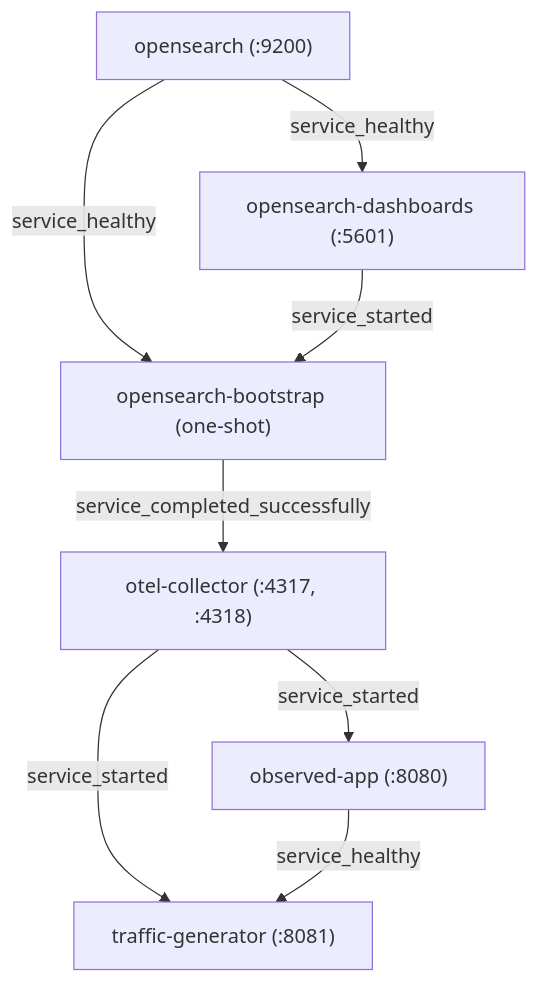
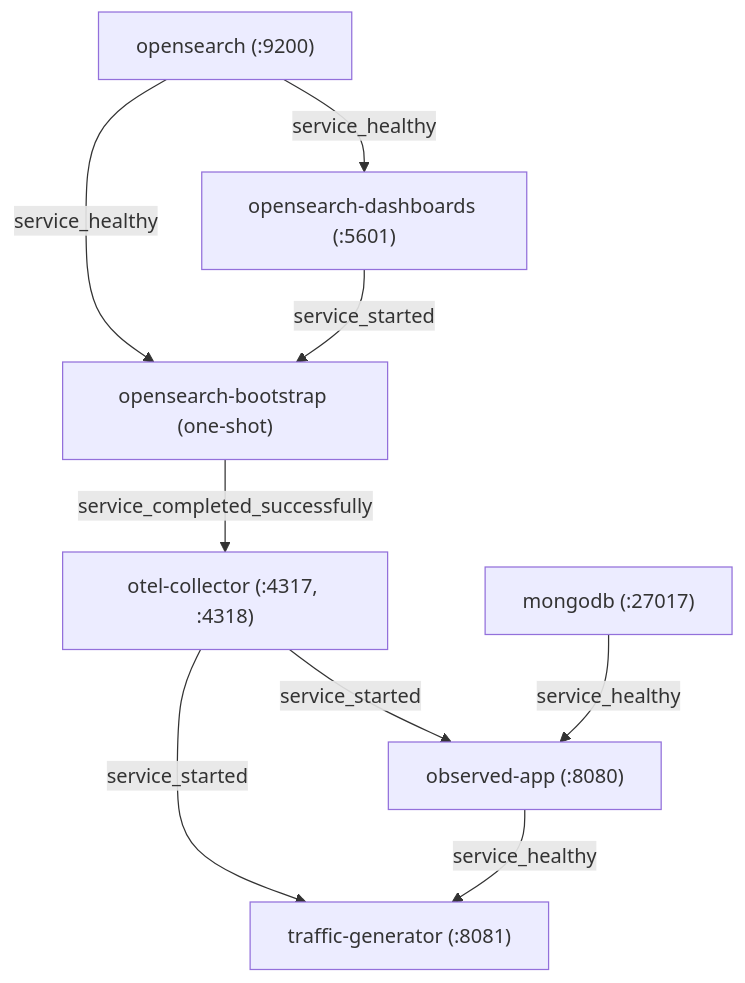
Before and after one commit to PawelBalcerek/observe-it: the second of 2 diagrams in docs/guides/observability-stack.md, drawn with Mermaid. The commit also changed other lines of this file and 13 other files, not shown here.

````diff
--- a/docs/guides/observability-stack.md
+++ b/docs/guides/observability-stack.md
@@ -81,10 +83,11 @@
 ```mermaid
 flowchart TD
   OS["opensearch (:9200)"] -->|"service_healthy"| OSD["opensearch-dashboards (:5601)"]
   OS -->|"service_healthy"| OSB["opensearch-bootstrap (one-shot)"]
   OSD -->|"service_started"| OSB
   OSB -->|"service_completed_successfully"| OC["otel-collector (:4317, :4318)"]
-  OC -->|"service_started"| OA["observed-app (:8080)"]
+  MDB["mongodb (:27017)"] -->|"service_healthy"| OA["observed-app (:8080)"]
+  OC -->|"service_started"| OA
   OC -->|"service_started"| TG["traffic-generator (:8081)"]
   OA -->|"service_healthy"| TG
 ```
````
